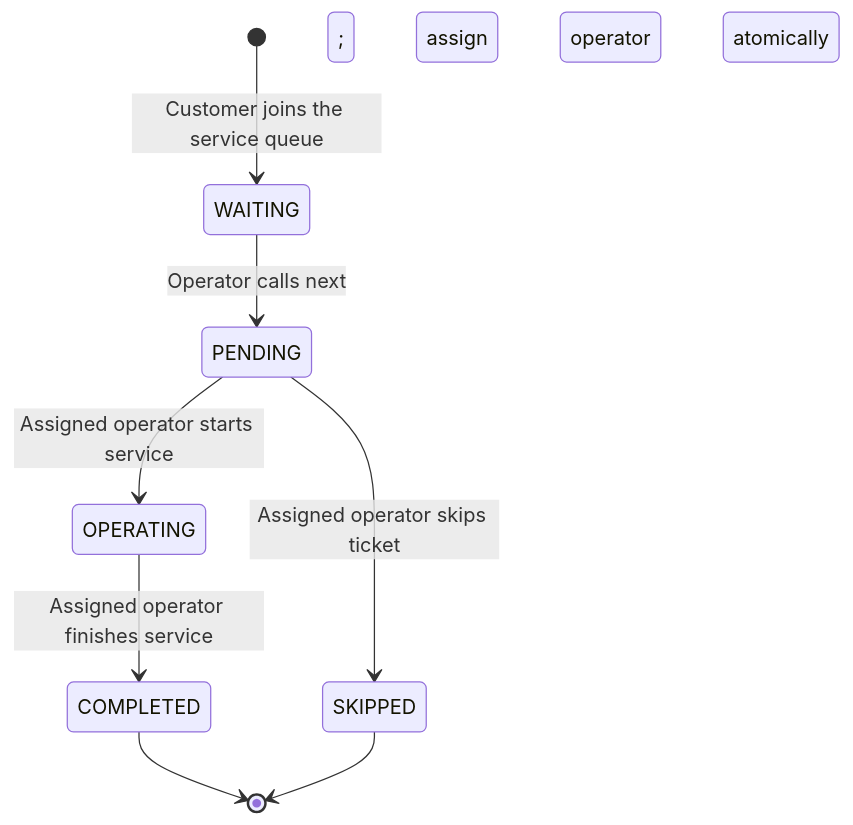
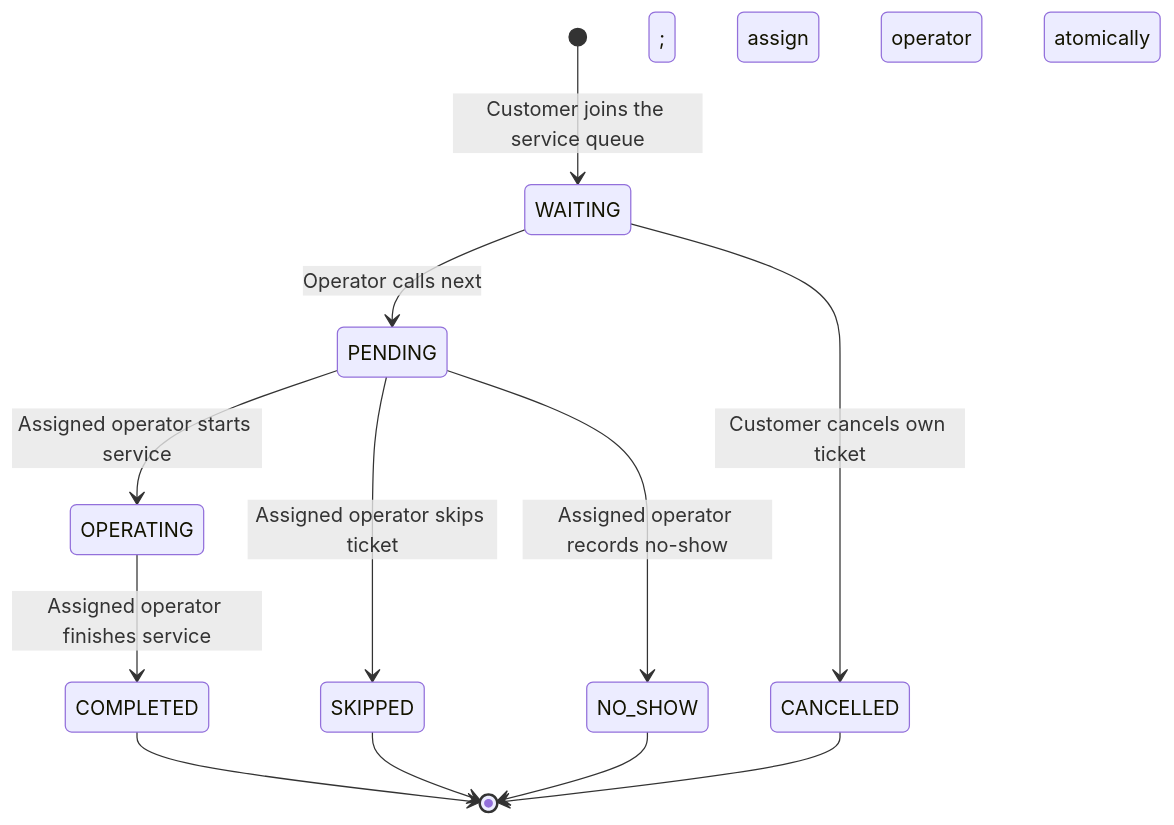
One commit to SupeemAFK/Quevo changed the second of 2 diagrams in docs/requirements/workflows.md. Above: the diagram before and after it, drawn with Mermaid. The commit also changed other lines of this file and 58 other files, not shown here.

````diff
--- a/docs/requirements/workflows.md
+++ b/docs/requirements/workflows.md
@@ -46,10 +58,14 @@
 ```mermaid
 stateDiagram-v2
   [*] --> WAITING: Customer joins the service queue
   WAITING --> PENDING: Operator calls next; assign operator atomically
   PENDING --> OPERATING: Assigned operator starts service
   OPERATING --> COMPLETED: Assigned operator finishes service
   PENDING --> SKIPPED: Assigned operator skips ticket
+  WAITING --> CANCELLED: Customer cancels own ticket
+  PENDING --> NO_SHOW: Assigned operator records no-show
   COMPLETED --> [*]
   SKIPPED --> [*]
+  CANCELLED --> [*]
+  NO_SHOW --> [*]
 ```
````
